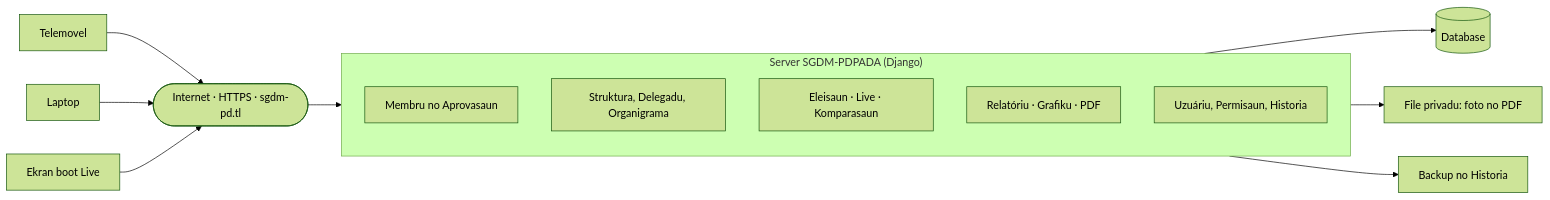
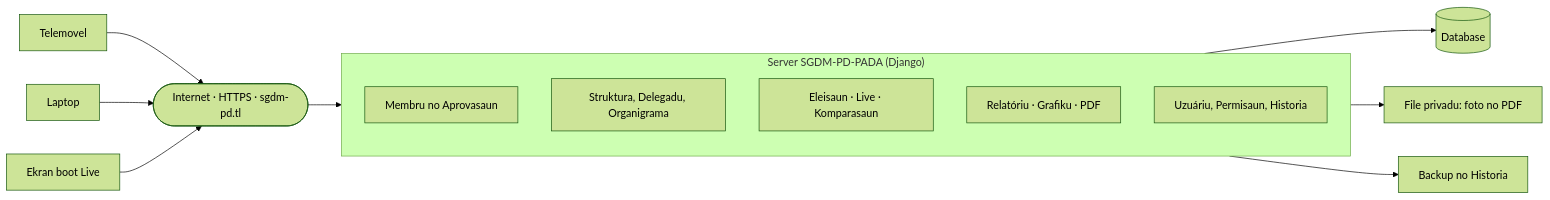
The second of 5 diagrams in docs/TRANSFORMASAUN.md (Odoly23/pdpada), drawn with Mermaid (forest theme) before and after one commit. The commit also changed other lines of this file and 15 other files, not shown here.

First line of the commit message:
Samakan semua tulisan brand: SGDM-PDPADA menjadi SGDM-PD-PADA (kode, template, dokumen, tes)

````diff
--- a/docs/TRANSFORMASAUN.md
+++ b/docs/TRANSFORMASAUN.md
@@ -48,17 +48,17 @@
 ```mermaid
 flowchart LR
     U1[Telemovel] --> N
     U2[Laptop] --> N
     U3[Ekran boot Live] --> N
     N(["Internet · HTTPS · sgdm-pd.tl"]) --> S
-    subgraph S["Server SGDM-PDPADA (Django)"]
+    subgraph S["Server SGDM-PD-PADA (Django)"]
         M1[Membru no Aprovasaun]
         M2[Struktura, Delegadu, Organigrama]
         M3[Eleisaun · Live · Komparasaun]
         M4[Relatóriu · Grafiku · PDF]
         M5[Uzuáriu, Permisaun, Historia]
     end
     S --> D[(Database)]
     S --> F[File privadu: foto no PDF]
     S --> B[Backup no Historia]
 ```
````
